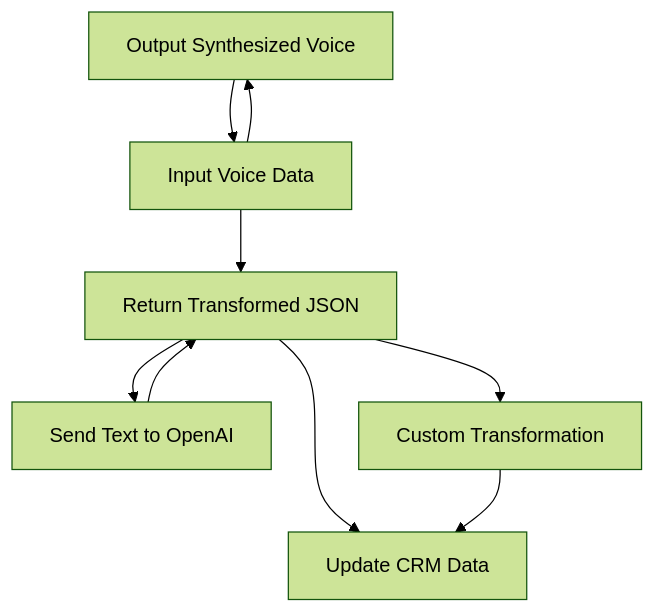
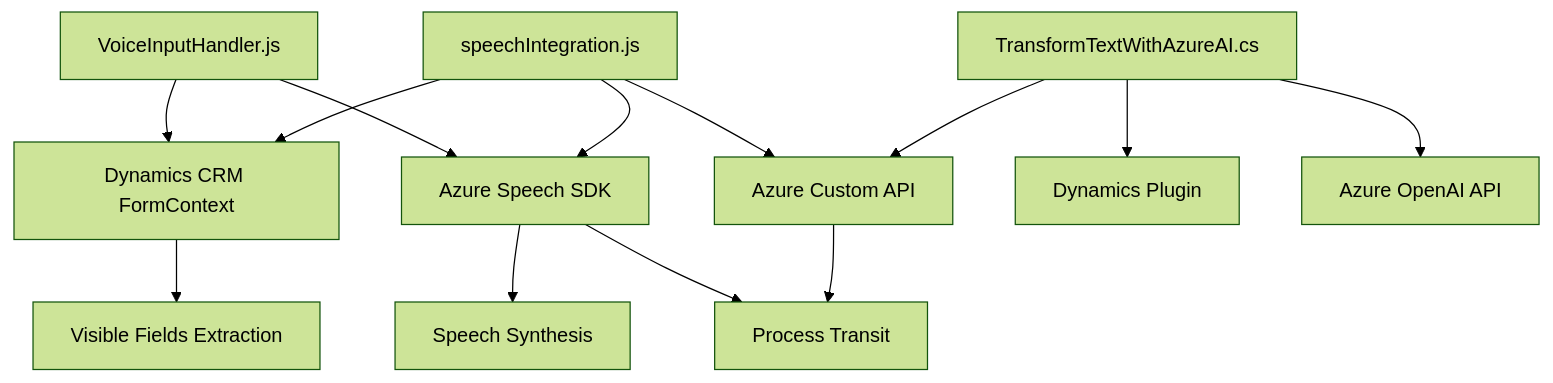
One commit to blopezdm/NETCORE_BILBAO2025 changed the diagram in README.md. Above: the diagram before and after it, drawn with Mermaid (forest theme). The commit also changed other lines of this file, not shown here.

````diff
--- a/README.md
+++ b/README.md
@@ -58,18 +41,15 @@
 ```mermaid
 graph TD
-    A["User Interface (HTML/JS)"]
-    B["Azure Speech SDK"]
-    C["Dynamics CRM Plugin"]
-    D["Azure OpenAI (GPT)"]
-    E["Dynamics CRM Data Entities"]
-    F["Custom API Call"]
-
-    A --> B["Input Voice Data"]
-    B --> A["Output Synthesized Voice"]
-    B --> C["Text Transcription"]
-    C --> E["Update CRM Data"]
-    C --> D["Send Text to OpenAI"]
-    D --> C["Return Transformed JSON"]
-    C --> F["Custom Transformation"]
-    F --> E
+    A["VoiceInputHandler.js"] --> B["Azure Speech SDK"]
+    A --> C["Dynamics CRM FormContext"]
+    B --> G["Speech Recognition"]
+    B --> H["Speech Synthesis"]
+    C --> E["Visible Fields Extraction"]
+    F["speechIntegration.js"] --> B
+    F --> C
+    F --> D["Azure Custom API"]
+    D --> G["Process Transit"]
+    I["TransformTextWithAzureAI.cs"] --> J["Dynamics Plugin"]
+    I --> D
+    I --> K["Azure OpenAI API"]
 ```
````
